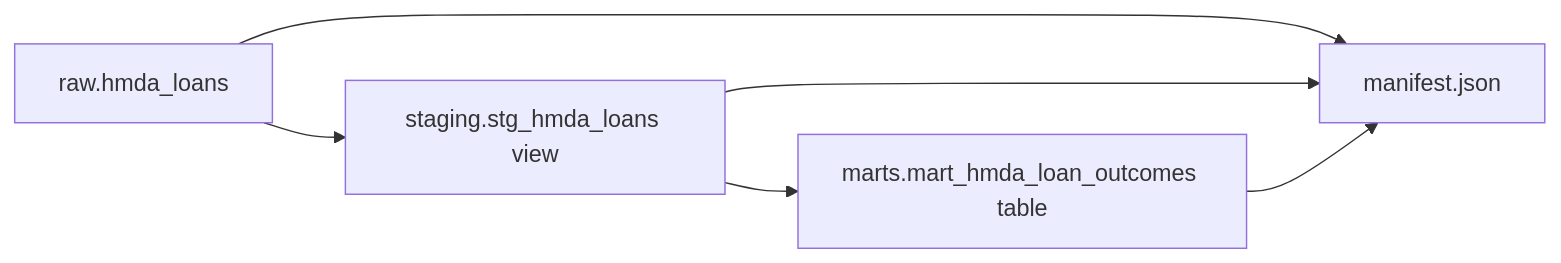
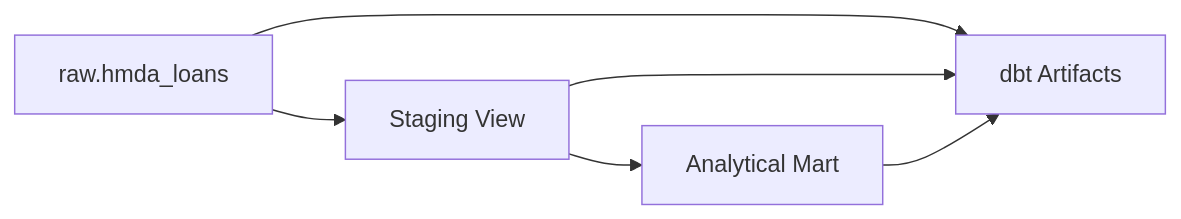
Before and after one commit to mols3131d/hmda-data-reliability: the diagram in docs/domains/data-platform.md, drawn with Mermaid. The commit also changed other lines of this file, not shown here.

````diff
--- a/docs/domains/data-platform.md
+++ b/docs/domains/data-platform.md
@@ -111,8 +19,8 @@
 ```mermaid
 flowchart LR
-    raw[raw.hmda_loans] --> staging[staging.stg_hmda_loans view]
-    staging --> mart[marts.mart_hmda_loan_outcomes table]
-    raw --> manifest[manifest.json]
-    staging --> manifest
-    mart --> manifest
+    bronze["raw.hmda_loans"] --> staging["Staging View"]
+    staging --> mart["Analytical Mart"]
+    bronze --> artifacts["dbt Artifacts"]
+    staging --> artifacts
+    mart --> artifacts
 ```
````
